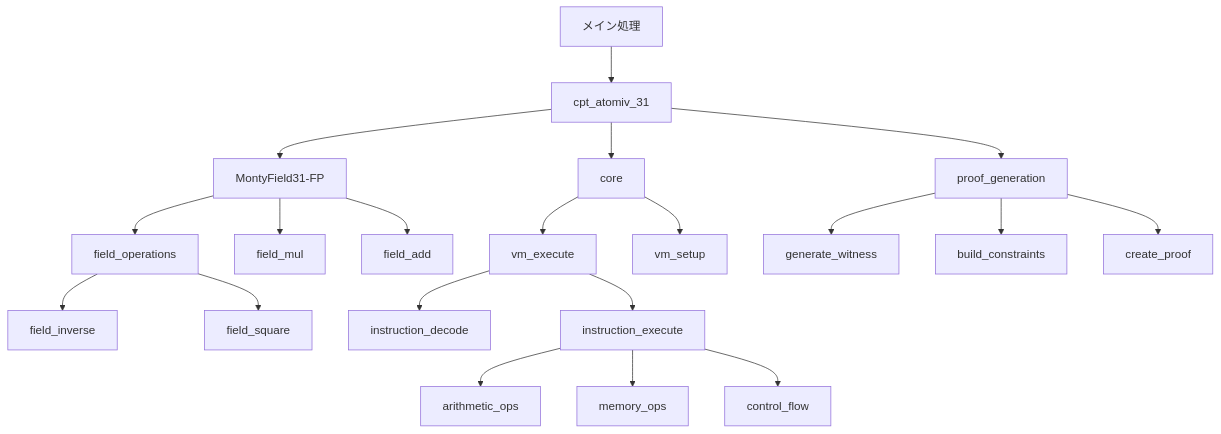
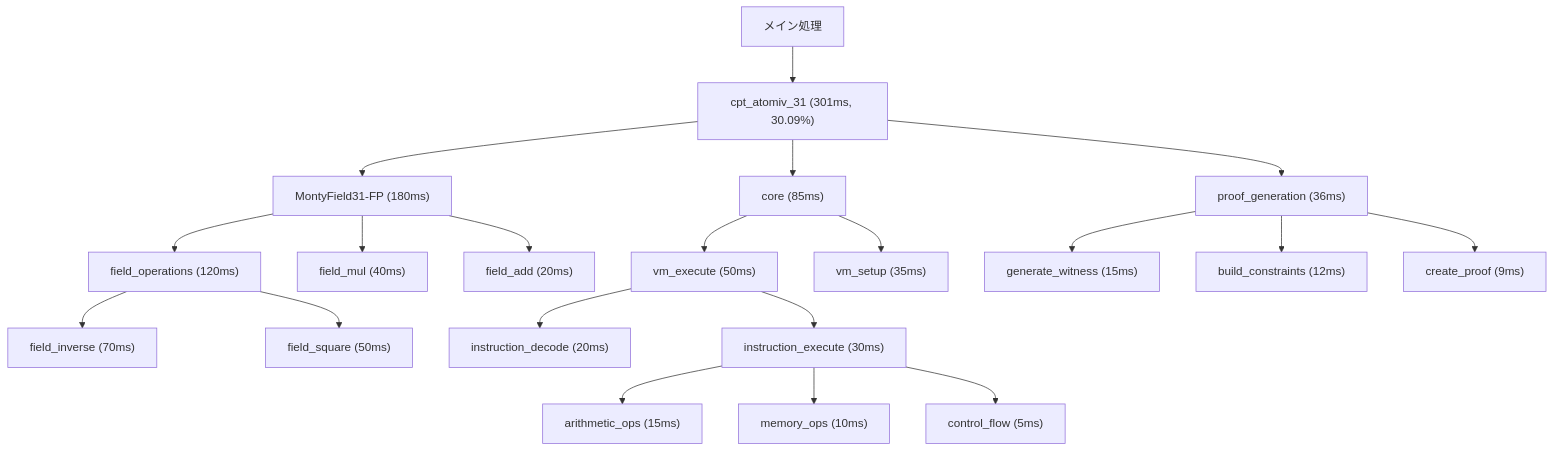
The third of 6 diagrams in profile_outputs/README.md (kkrt-labs/zkvm-benchmarks), drawn with Mermaid before and after one commit. The commit also changed other lines of this file, not shown here.

````diff
--- a/profile_outputs/README.md
+++ b/profile_outputs/README.md
@@ -85,28 +105,28 @@
 ```mermaid
 flowchart TD
-    A[メイン処理] --> B[cpt_atomiv_31]
-    B --> C1[MontyField31-FP]
-    B --> C2[core]
+    A[メイン処理] --> B["cpt_atomiv_31 (301ms, 30.09%)"]
+    B --> C1["MontyField31-FP (180ms)"]
+    B --> C2["core (85ms)"]
 
-    C1 --> D1[field_operations]
-    C1 --> D2[field_mul]
-    C1 --> D3[field_add]
+    C1 --> D1["field_operations (120ms)"]
+    C1 --> D2["field_mul (40ms)"]
+    C1 --> D3["field_add (20ms)"]
 
-    C2 --> E1[vm_execute]
-    C2 --> E2[vm_setup]
+    C2 --> E1["vm_execute (50ms)"]
+    C2 --> E2["vm_setup (35ms)"]
 
-    D1 --> F1[field_inverse]
-    D1 --> F2[field_square]
+    D1 --> F1["field_inverse (70ms)"]
+    D1 --> F2["field_square (50ms)"]
 
-    E1 --> G1[instruction_decode]
-    E1 --> G2[instruction_execute]
+    E1 --> G1["instruction_decode (20ms)"]
+    E1 --> G2["instruction_execute (30ms)"]
 
-    G2 --> H1[arithmetic_ops]
-    G2 --> H2[memory_ops]
-    G2 --> H3[control_flow]
+    G2 --> H1["arithmetic_ops (15ms)"]
+    G2 --> H2["memory_ops (10ms)"]
+    G2 --> H3["control_flow (5ms)"]
 
-    B --> I[proof_generation]
-    I --> J1[generate_witness]
-    I --> J2[build_constraints]
-    I --> J3[create_proof]
+    B --> I["proof_generation (36ms)"]
+    I --> J1["generate_witness (15ms)"]
+    I --> J2["build_constraints (12ms)"]
+    I --> J3["create_proof (9ms)"]
 ```
````
